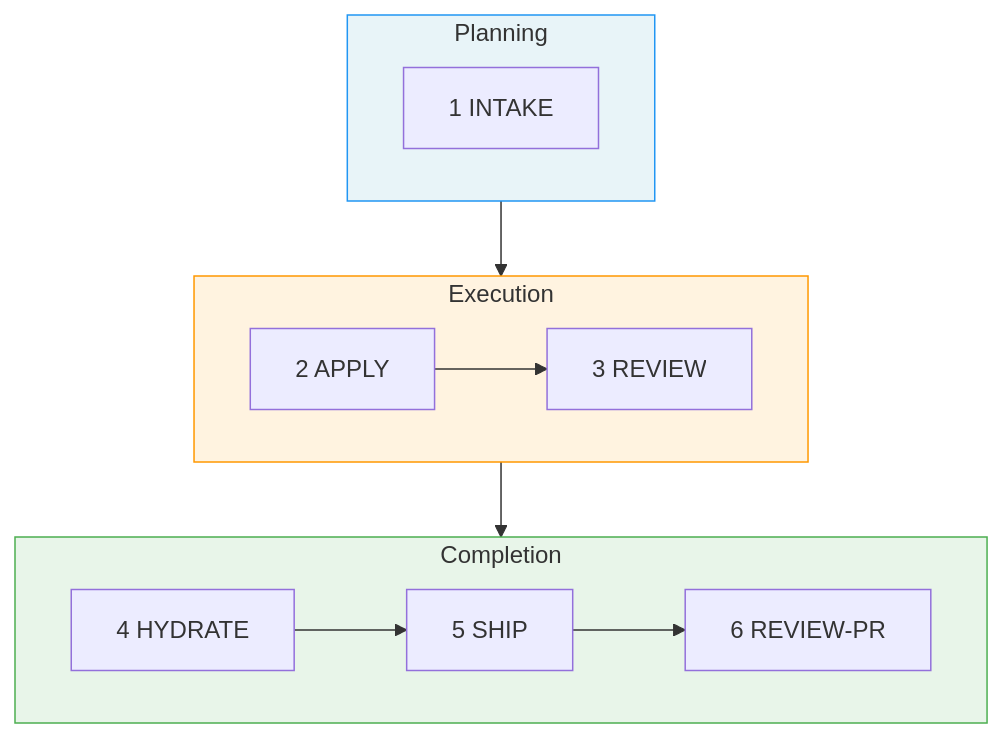
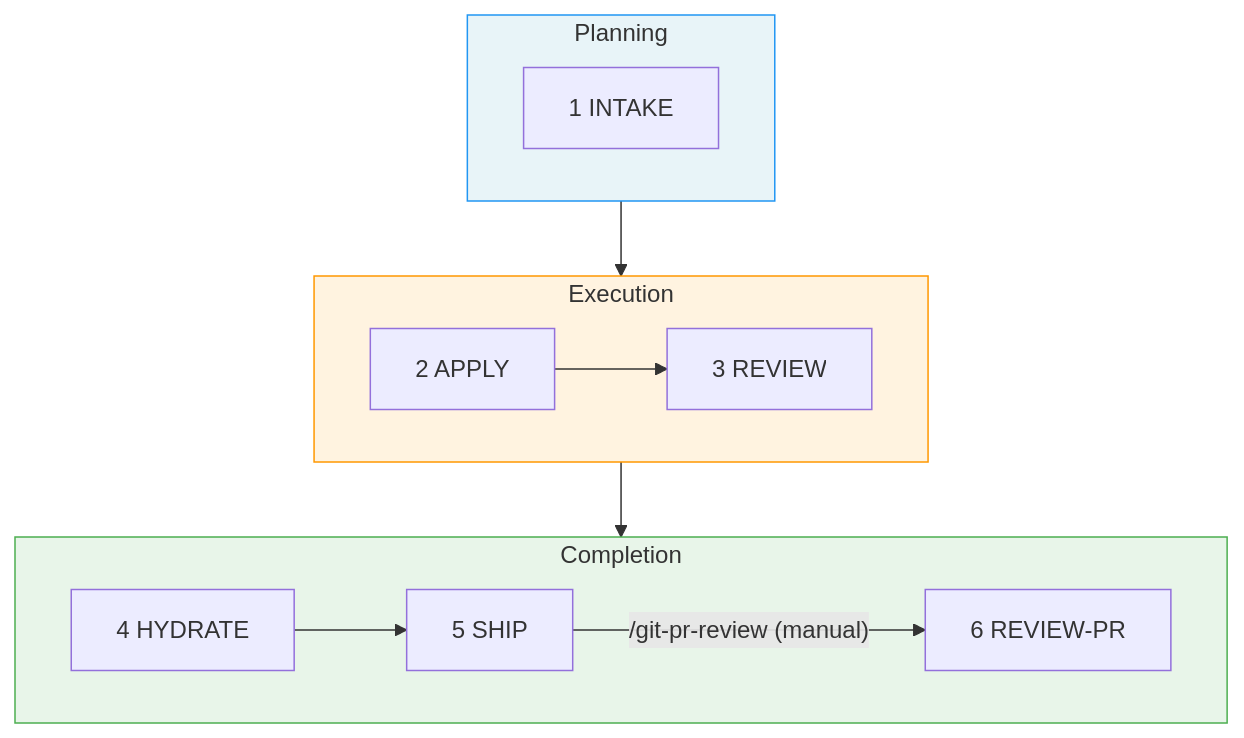
The diagram in docs/specs/overview.md (sahil87/fab-kit), drawn with Mermaid before and after one commit. The commit also changed other lines of this file and 63 other files, not shown here.

First line of the commit message:
refactor: Retire `review-pr` as a pipeline stage — ship becomes terminal, `/git-pr-review` becomes a manual skill (#689)

````diff
--- a/docs/specs/overview.md
+++ b/docs/specs/overview.md
@@ -41,22 +41,22 @@
 ```mermaid
 flowchart TD
     subgraph planning ["Planning"]
         direction LR
         B["1 INTAKE"]
     end
     subgraph execution ["Execution"]
         direction LR
         A["2 APPLY"] --> V["3 REVIEW"]
     end
     subgraph completion ["Completion"]
         direction LR
-        AR["4 HYDRATE"] --> SH["5 SHIP"] --> RP["6 REVIEW-PR"]
+        AR["4 HYDRATE"] --> SH["5 SHIP"] -- "/git-pr-review (manual)" --> RP["6 REVIEW-PR"]
     end
 
     B --> A
     V --> AR
 
     style planning fill:#e8f4f8,stroke:#2196F3
     style execution fill:#fff3e0,stroke:#FF9800
     style completion fill:#e8f5e9,stroke:#4CAF50
 ```
````
